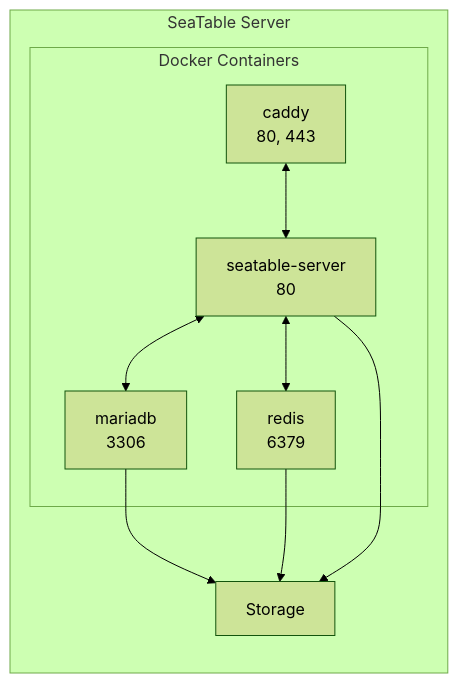
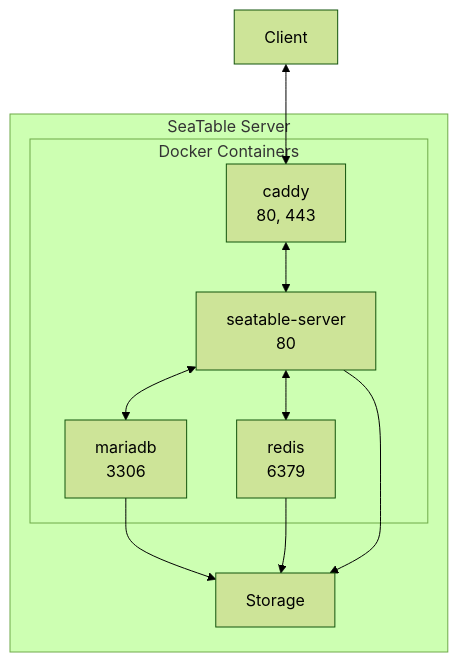
The first of 2 diagrams in docs/introduction/architecture.md (seatable/seatable-admin-docs), drawn with Mermaid (forest theme) before and after one commit. The commit also changed other lines of this file, not shown here.

Commit message:
Improved architecture (#237)
* Update architecture.md

Added client to overview diagram

* Update architecture.md

Modified overview diagram (LR -> TB)

* Update architecture.md

Minor wording edits

````diff
--- a/docs/introduction/architecture.md
+++ b/docs/introduction/architecture.md
@@ -11,18 +11,19 @@
 ```mermaid
-flowchart LR
+flowchart TB
+    Client<-->A
     subgraph s[SeaTable Server]
         subgraph d[Docker Containers]
             A[caddy<br/>80, 443]
             B[seatable-server<br/>80]
             C[mariadb<br/>3306]
             D[redis<br/>6379]
             A<-->B
             B<-->C
             B<-->D
         end
         F[Storage]
         C --> F
         D --> F
         B --> F
     end
 ```
````
